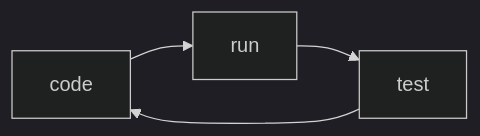
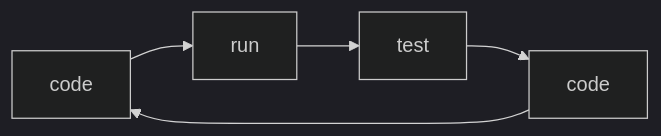
One commit to SafeWinter/junit-in-action3-notes changed the first of 2 diagrams in notes/Ch13_Continuous_integration_with_JUnit5.md. Above: the diagram before and after it, drawn with Mermaid (dark theme). The commit also changed other lines of this file, not shown here.

Commit message:
updated notes for Ch13: Continuous integration with JUnit 5

````diff
--- a/notes/Ch13_Continuous_integration_with_JUnit5.md
+++ b/notes/Ch13_Continuous_integration_with_JUnit5.md
@@ -26,6 +26,7 @@
 ```mermaid
 graph LR
-    code --> run
-    run --> test
-    test --> code
+    a[code] --> b[run]
+    b[run] --> c[test]
+    c[test] --> d[code]
+    d[code] --> a[code]
 ```
````
